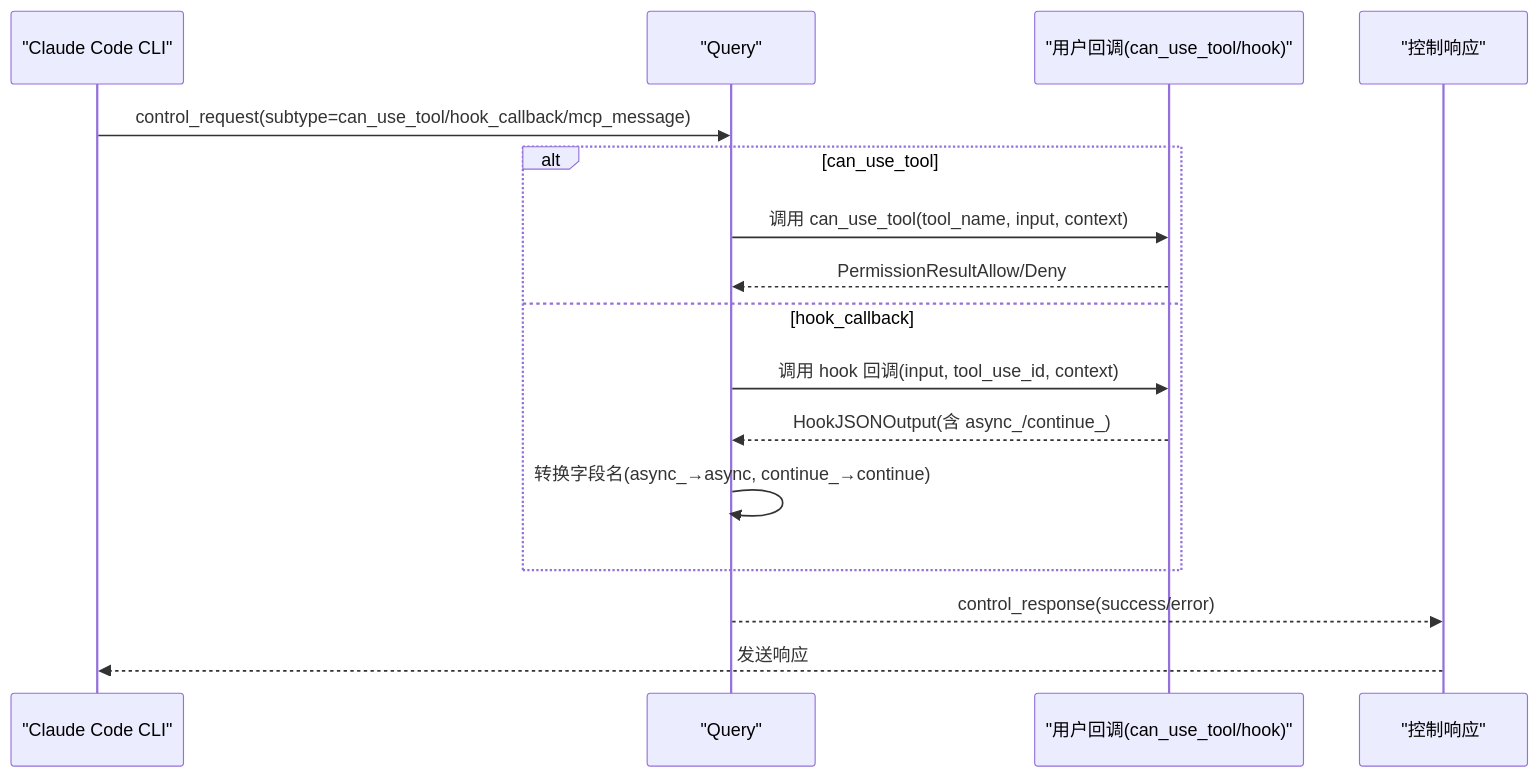
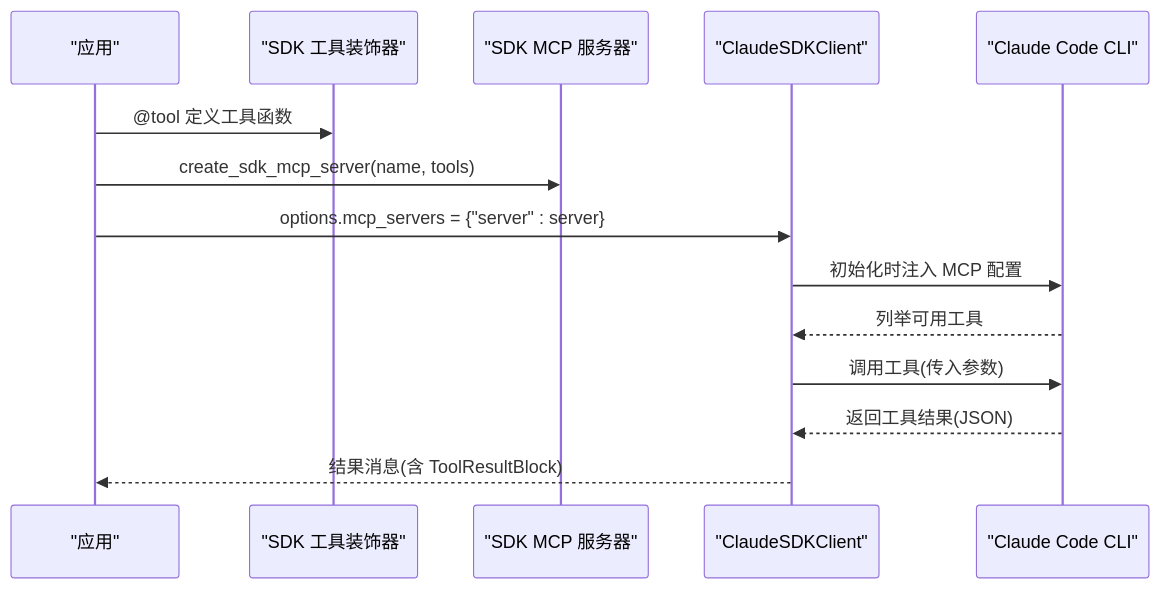
One commit to defulat-coder/claude-agent-sdk-python changed the fifth of 6 diagrams in .qoder/repowiki/zh/content/项目概述.md. Above: the diagram before and after it, drawn with Mermaid. The commit also changed other lines of this file and 85 other files, not shown here.

````diff
--- a/.qoder/repowiki/zh/content/项目概述.md
+++ b/.qoder/repowiki/zh/content/项目概述.md
@@ -306,18 +275,16 @@
 ```mermaid
 sequenceDiagram
+participant App as "应用"
+participant SDK as "SDK 工具装饰器"
+participant Server as "SDK MCP 服务器"
+participant Client as "ClaudeSDKClient"
 participant CLI as "Claude Code CLI"
-participant Q as "Query"
-participant CB as "用户回调(can_use_tool/hook)"
-participant RESP as "控制响应"
-CLI->>Q : control_request(subtype=can_use_tool/hook_callback/mcp_message)
-alt can_use_tool
-Q->>CB : 调用 can_use_tool(tool_name, input, context)
-CB-->>Q : PermissionResultAllow/Deny
-else hook_callback
-Q->>CB : 调用 hook 回调(input, tool_use_id, context)
-CB-->>Q : HookJSONOutput(含 async_/continue_)
-Q->>Q : 转换字段名(async_→async, continue_→continue)
-end
-Q-->>RESP : control_response(success/error)
-RESP-->>CLI : 发送响应
+App->>SDK : @tool 定义工具函数
+App->>Server : create_sdk_mcp_server(name, tools)
+App->>Client : options.mcp_servers = {"server" : server}
+Client->>CLI : 初始化时注入 MCP 配置
+CLI-->>Client : 列举可用工具
+Client->>CLI : 调用工具(传入参数)
+CLI-->>Client : 返回工具结果(JSON)
+Client-->>App : 结果消息(含 ToolResultBlock)
 ```
````
